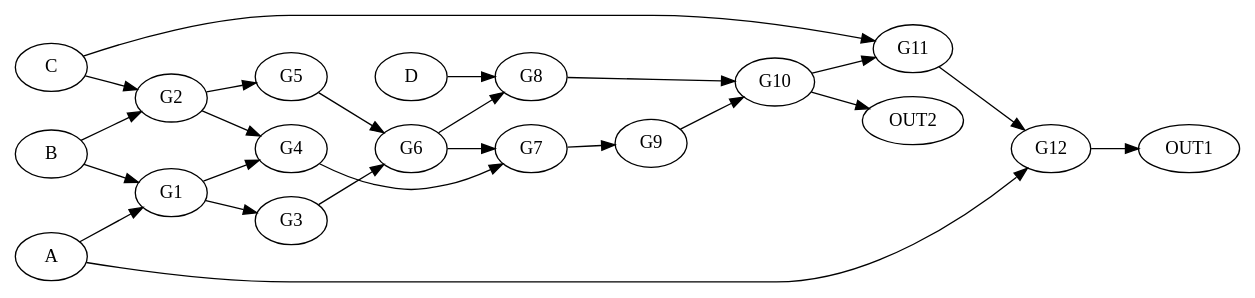
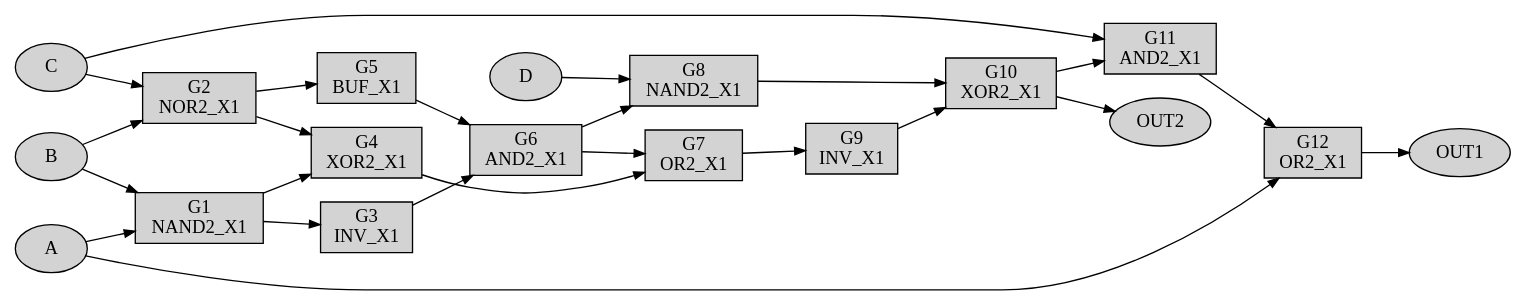
Before and after one commit to FreddyFazbear2005/Mini-STA-Engine: the diagram in timing_graph.dot, drawn with Graphviz. The commit also changed 2 other files, not shown here.

```diff
--- a/timing_graph.dot
+++ b/timing_graph.dot
@@ -1,46 +1,98 @@
 digraph TimingGraph {
     rankdir=LR;
 
-    A;
-    B;
-    C;
-    D;
-    G1;
-    G2;
-    G3;
-    G4;
-    G5;
-    G6;
-    G7;
-    G8;
-    G9;
-    G10;
-    G11;
-    G12;
-    OUT1;
-    OUT2;
+    node [
+         shape=box,
+         style=filled,
+         fillcolor=lightgray
+    ];
+
+    edge [
+         arrowsize=0.8
+    ];
+
+    A [
+        shape=ellipse,
+        label="A"
+    ];
+    B [
+        shape=ellipse,
+        label="B"
+    ];
+    C [
+        shape=ellipse,
+        label="C"
+    ];
+    D [
+        shape=ellipse,
+        label="D"
+    ];
+    G1 [
+        label="G1\nNAND2_X1"
+    ];
+    G2 [
+        label="G2\nNOR2_X1"
+    ];
+    G3 [
+        label="G3\nINV_X1"
+    ];
+    G4 [
+        label="G4\nXOR2_X1"
+    ];
+    G5 [
+        label="G5\nBUF_X1"
+    ];
+    G6 [
+        label="G6\nAND2_X1"
+    ];
+    G7 [
+        label="G7\nOR2_X1"
+    ];
+    G8 [
+        label="G8\nNAND2_X1"
+    ];
+    G9 [
+        label="G9\nINV_X1"
+    ];
+    G10 [
+        label="G10\nXOR2_X1"
+    ];
+    G11 [
+        label="G11\nAND2_X1"
+    ];
+    G12 [
+        label="G12\nOR2_X1"
+    ];
+    OUT1 [
+        shape=ellipse,
+        label="OUT1"
+    ];
+    OUT2 [
+        shape=ellipse,
+        label="OUT2"
+    ];
 
     A -> G1;
     B -> G1;
     B -> G2;
     C -> G2;
     G1 -> G3;
     G1 -> G4;
     G2 -> G4;
     G2 -> G5;
     G3 -> G6;
     G5 -> G6;
     G4 -> G7;
     G6 -> G7;
     G6 -> G8;
     D -> G8;
     G7 -> G9;
     G8 -> G10;
     G9 -> G10;
     G10 -> G11;
     C -> G11;
     G11 -> G12;
     A -> G12;
     G12 -> OUT1;
     G10 -> OUT2;
 }
```
